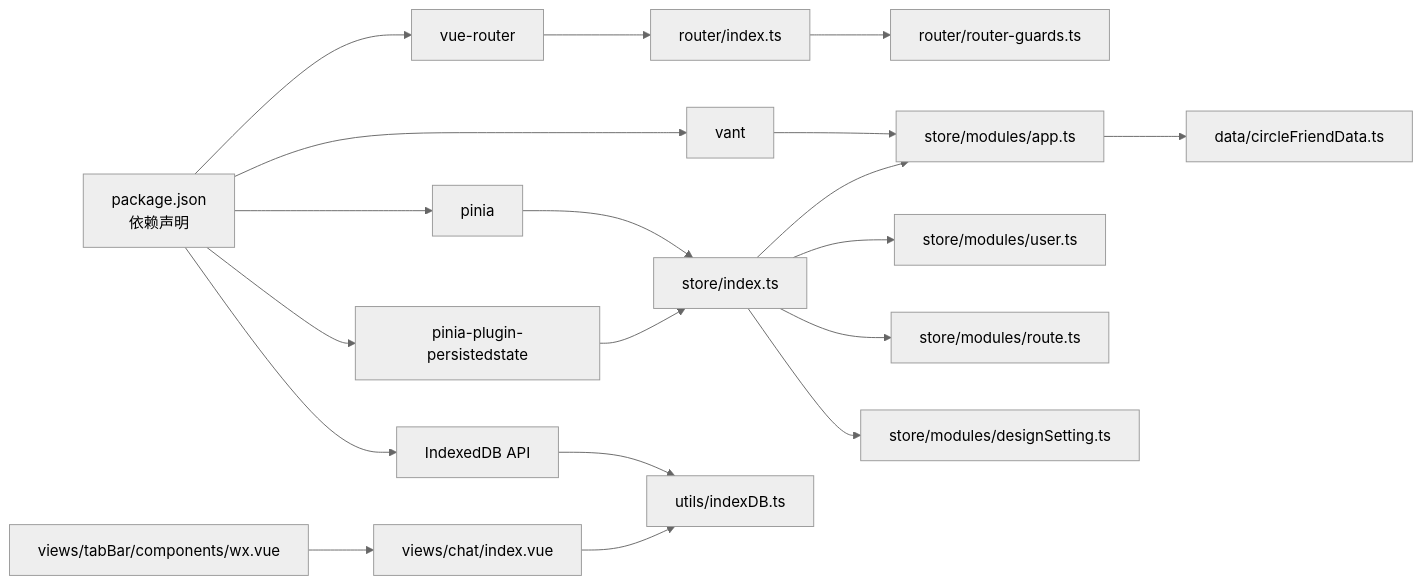
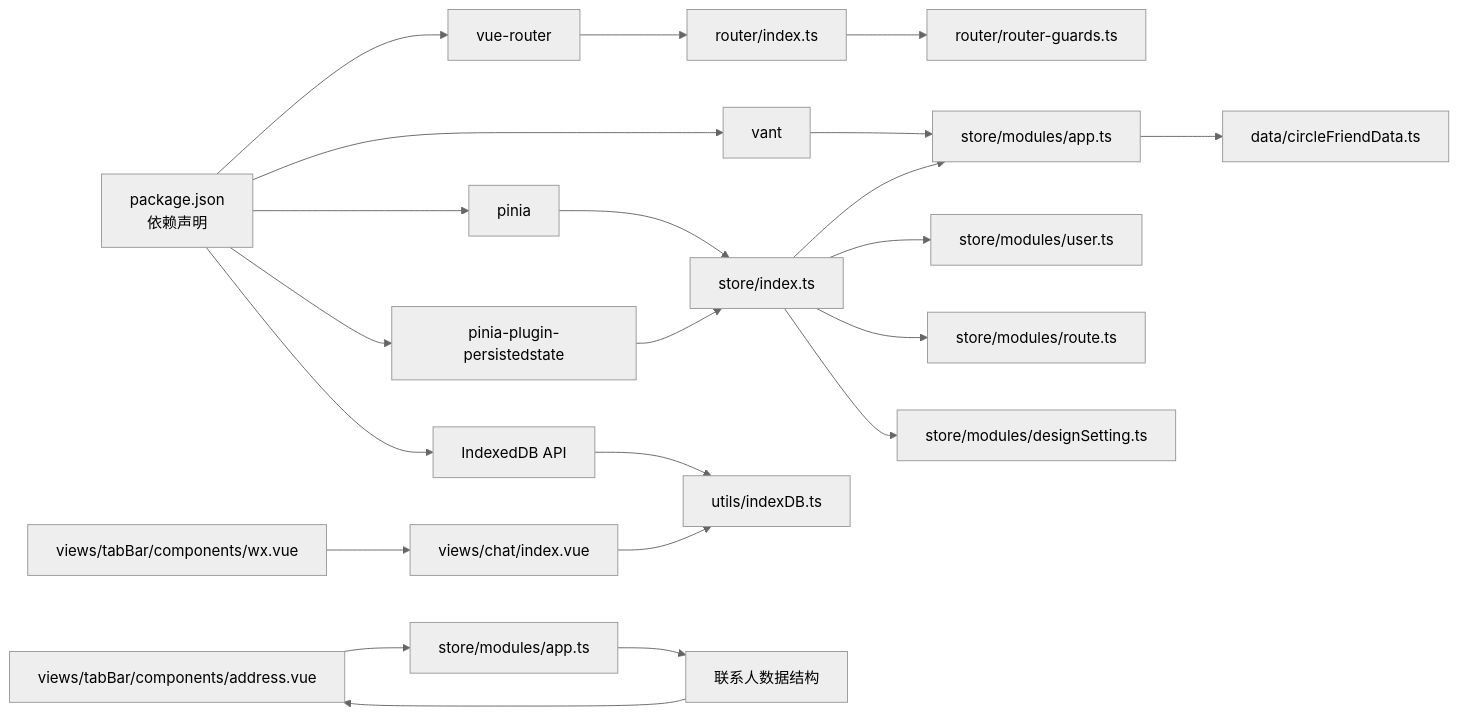
Diagram 11 of 11 in .qoder/repowiki/zh/content/核心系统/状态管理系统/状态管理系统.md (giserman001/vue3-vant4-mobile), drawn with Mermaid (neutral theme) before and after one commit. The commit also changed other lines of this file and 3 other files, not shown here.

````diff
--- a/.qoder/repowiki/zh/content/核心系统/状态管理系统/状态管理系统.md
+++ b/.qoder/repowiki/zh/content/核心系统/状态管理系统/状态管理系统.md
@@ -537,21 +624,24 @@
 ```mermaid
 graph LR
 PACKAGE["package.json<br/>依赖声明"] --> PINIA["pinia"]
 PACKAGE --> PERSIST["pinia-plugin-persistedstate"]
 PACKAGE --> ROUTER["vue-router"]
 PACKAGE --> VANT["vant"]
 PACKAGE --> INDEXEDDB["IndexedDB API"]
 PINIA --> STORE["store/index.ts"]
 PERSIST --> STORE
 ROUTER --> ROUTERIDX["router/index.ts"]
 ROUTERIDX --> GUARDS["router/router-guards.ts"]
 VANT --> APP["App.vue"]
 INDEXEDDB --> INDEXEDDBUTIL["utils/indexDB.ts"]
 STORE --> USER["store/modules/user.ts"]
 STORE --> ROUTE["store/modules/route.ts"]
 STORE --> APP["store/modules/app.ts"]
 STORE --> DESIGN["store/modules/designSetting.ts"]
 APP --> CIRCLEFRIEND["data/circleFriendData.ts"]
 CHATVIEW["views/chat/index.vue"] --> INDEXEDDBUTIL
+ADDRESSVIEW["views/tabBar/components/address.vue"] --> APPSTORE["store/modules/app.ts"]
 TABBAR["views/tabBar/components/wx.vue"] --> CHATVIEW
+APPSTORE --> CONTACTDATA["联系人数据结构"]
+CONTACTDATA --> ADDRESSVIEW
 ```
````
